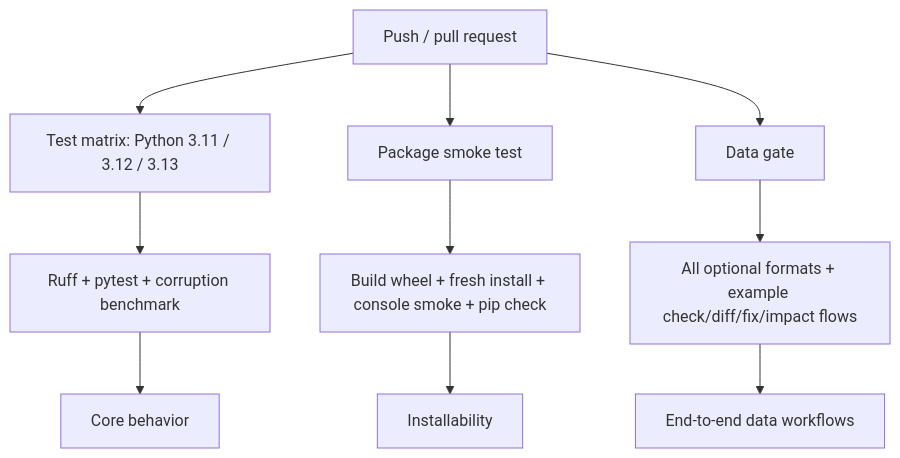
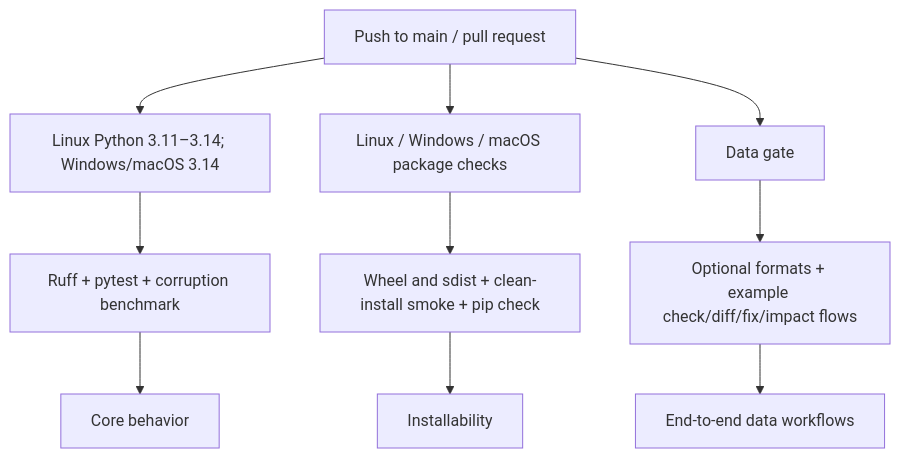
Before and after one commit to N0tDeb/sift: the fifth of 5 diagrams in docs/PROJECT_GUIDE.md, drawn with Mermaid. The commit also changed other lines of this file and 6 other files, not shown here.

````diff
--- a/docs/PROJECT_GUIDE.md
+++ b/docs/PROJECT_GUIDE.md
@@ -905,12 +917,12 @@
 ```mermaid
 flowchart TD
-    A[Push / pull request] --> B[Test matrix: Python 3.11 / 3.12 / 3.13]
-    A --> C[Package smoke test]
+    A[Push to main / pull request] --> B[Linux Python 3.11–3.14; Windows/macOS 3.14]
+    A --> C[Linux / Windows / macOS package checks]
     A --> D[Data gate]
     B --> B1[Ruff + pytest + corruption benchmark]
-    C --> C1[Build wheel + fresh install + console smoke + pip check]
-    D --> D1[All optional formats + example check/diff/fix/impact flows]
+    C --> C1[Wheel and sdist + clean-install smoke + pip check]
+    D --> D1[Optional formats + example check/diff/fix/impact flows]
     B1 --> E[Core behavior]
     C1 --> F[Installability]
     D1 --> G[End-to-end data workflows]
 ```
````
